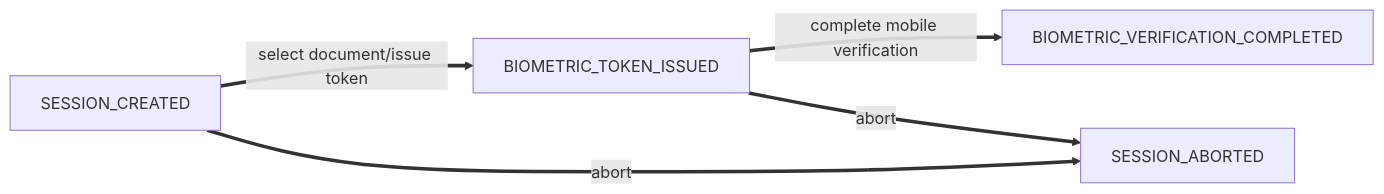
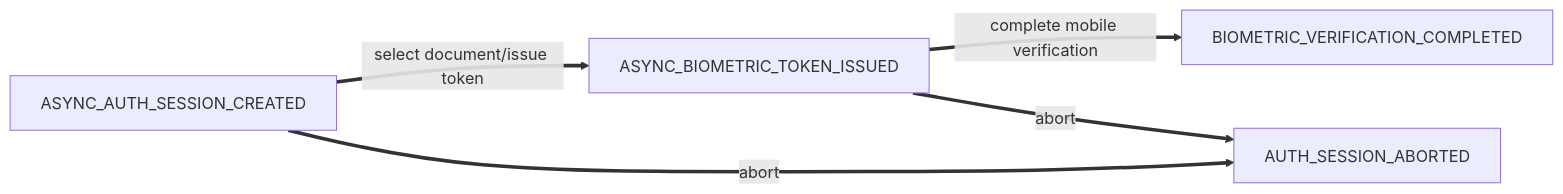
One commit to govuk-one-login/mobile-id-check-async changed the diagram in backend-api/docs/sessionStateMachine.md. Above: the diagram before and after it, drawn with Mermaid.

Commit message:
updating names

````diff
--- a/backend-api/docs/sessionStateMachine.md
+++ b/backend-api/docs/sessionStateMachine.md
@@ -5,8 +5,8 @@
 ```mermaid
 flowchart LR
-    SESSION_CREATED == select document/issue token ==> BIOMETRIC_TOKEN_ISSUED
-    SESSION_CREATED == abort ==> SESSION_ABORTED
+    ASYNC_AUTH_SESSION_CREATED == select document/issue token ==> ASYNC_BIOMETRIC_TOKEN_ISSUED
+    ASYNC_AUTH_SESSION_CREATED == abort ==> AUTH_SESSION_ABORTED
     
-    BIOMETRIC_TOKEN_ISSUED == complete mobile verification ==> BIOMETRIC_VERIFICATION_COMPLETED 
-    BIOMETRIC_TOKEN_ISSUED == abort ==> SESSION_ABORTED
+    ASYNC_BIOMETRIC_TOKEN_ISSUED == complete mobile verification ==> BIOMETRIC_VERIFICATION_COMPLETED 
+    ASYNC_BIOMETRIC_TOKEN_ISSUED == abort ==> AUTH_SESSION_ABORTED
 ```
````
